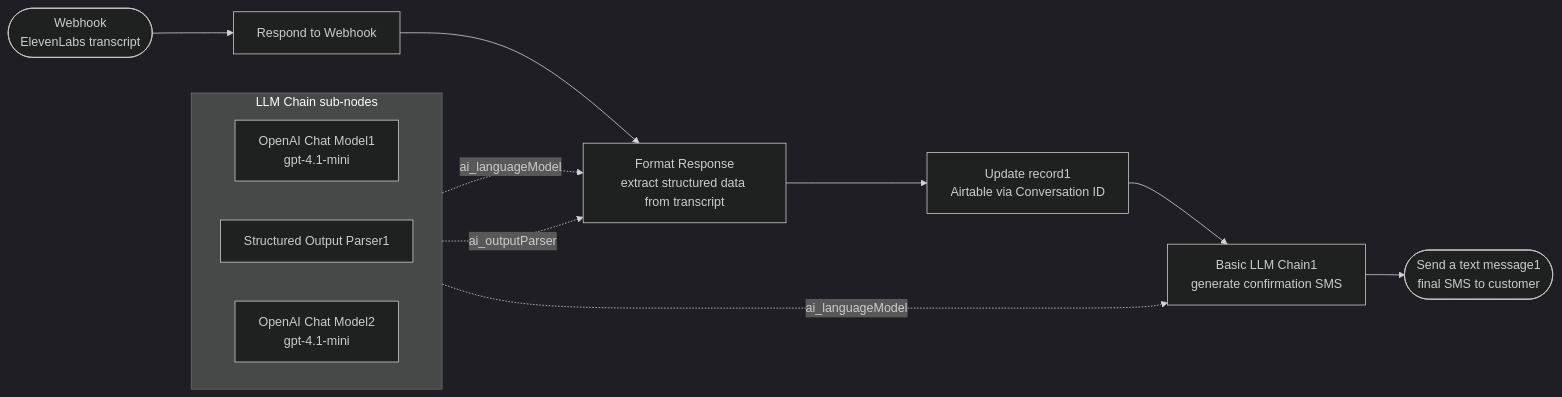
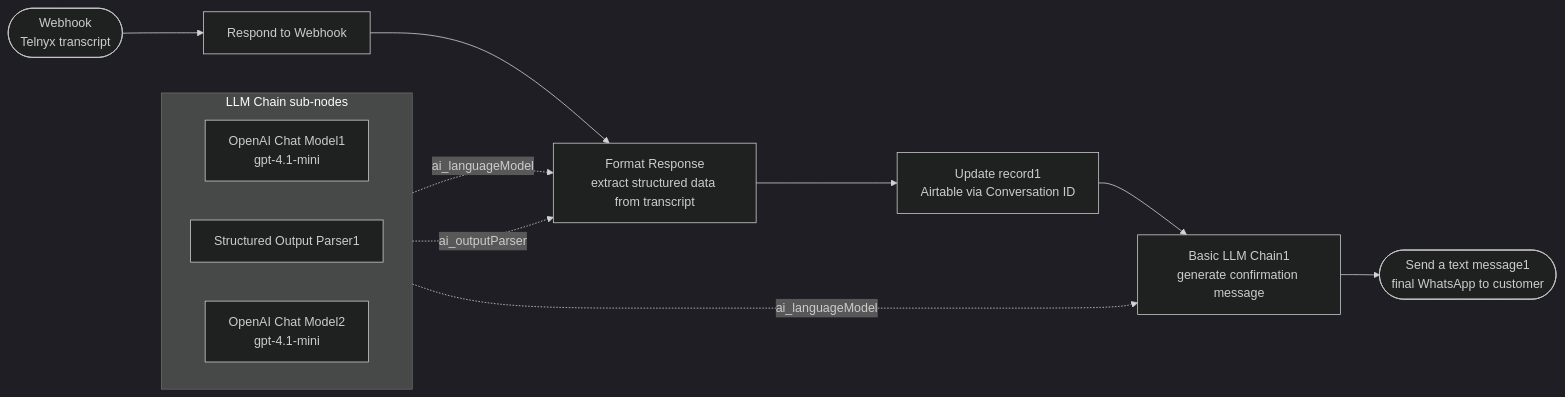
Before and after one commit to kameni-immo/kameni-n8n-automation: the second of 2 diagrams in docs/phone-call-flow.md, drawn with Mermaid (dark theme). The commit also changed other lines of this file, not shown here.

Commit message:
Fix workflow name and ElevenLabs/Twilio refs in phone-call-flow.md (KAN-42)

````diff
--- a/docs/phone-call-flow.md
+++ b/docs/phone-call-flow.md
@@ -78,18 +80,18 @@
 ```mermaid
 flowchart LR
-    WH(["Webhook<br/>ElevenLabs transcript"]) --> RW["Respond to Webhook"]
+    WH(["Webhook<br/>Telnyx transcript"]) --> RW["Respond to Webhook"]
     RW --> FR["Format Response<br/>extract structured data from transcript"]
     FR --> UPD1["Update record1<br/>Airtable via Conversation ID"]
-    UPD1 --> LLM1["Basic LLM Chain1<br/>generate confirmation SMS"]
-    LLM1 --> SMS1(["Send a text message1<br/>final SMS to customer"])
+    UPD1 --> LLM1["Basic LLM Chain1<br/>generate confirmation message"]
+    LLM1 --> SMS1(["Send a text message1<br/>final WhatsApp to customer"])
 
     subgraph ai2 ["LLM Chain sub-nodes"]
         direction LR
         OAI1["OpenAI Chat Model1<br/>gpt-4.1-mini"]
         SOP1["Structured Output Parser1"]
         OAI2["OpenAI Chat Model2<br/>gpt-4.1-mini"]
     end
     OAI1 -.->|"ai_languageModel"| FR
     SOP1 -.->|"ai_outputParser"| FR
     OAI2 -.->|"ai_languageModel"| LLM1
 ```
````
